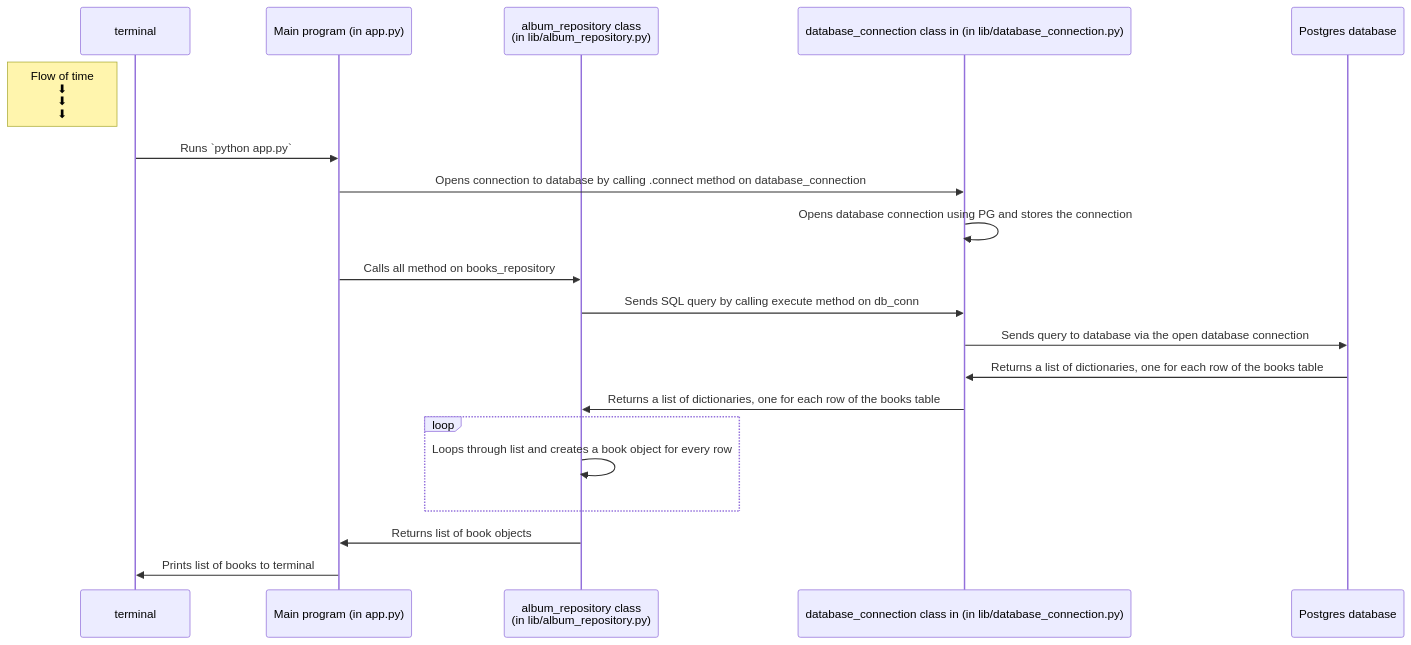
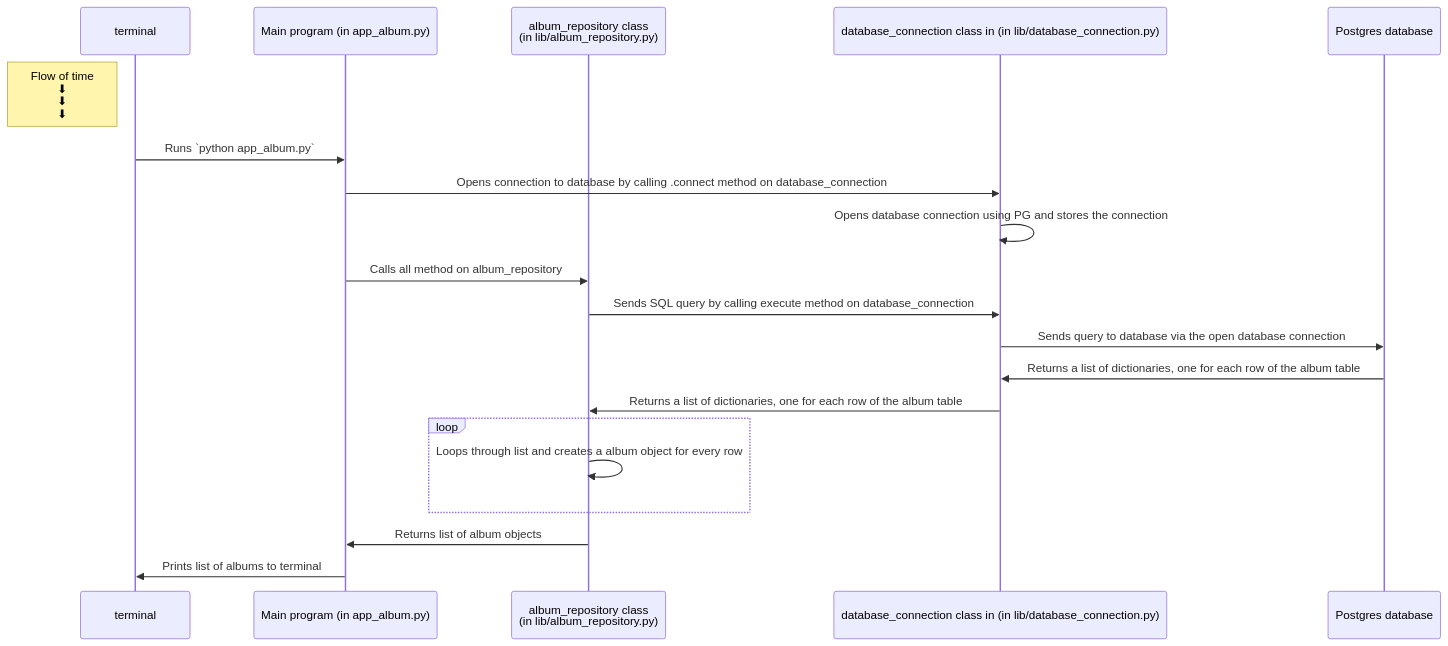
The diagram in sequence_diagram_music_store.md (deesii/databases-in-python-sql-practice-music-library), drawn with Mermaid before and after one commit. The commit also changed 2 other files, not shown here.

Commit message:
updated sequence diagram for the album (music store)

```diff
--- a/sequence_diagram_music_store.md
+++ b/sequence_diagram_music_store.md
@@ -1,27 +1,27 @@
 :::mermaid
 
 sequenceDiagram
     participant t as terminal
-    participant app as Main program (in app.py)
+    participant app as Main program (in app_album.py)
     participant ar as album_repository class <br /> (in lib/album_repository.py)
     participant db_conn as database_connection class in (in lib/database_connection.py)
     participant db as Postgres database
 
     Note left of t: Flow of time <br />⬇ <br /> ⬇ <br /> ⬇ 
 
-    t->>app: Runs `python app.py`
+    t->>app: Runs `python app_album.py`
     app->>db_conn: Opens connection to database by calling .connect method on database_connection
     db_conn->>db_conn: Opens database connection using PG and stores the connection
-    app->>ar: Calls all method on books_repository
-    ar->>db_conn: Sends SQL query by calling execute method on db_conn
+    app->>ar: Calls all method on album_repository
+    ar->>db_conn: Sends SQL query by calling execute method on database_connection
     db_conn->>db: Sends query to database via the open database connection
-    db->>db_conn: Returns a list of dictionaries, one for each row of the books table
+    db->>db_conn: Returns a list of dictionaries, one for each row of the album table
 
-    db_conn->>ar: Returns a list of dictionaries, one for each row of the books table
+    db_conn->>ar: Returns a list of dictionaries, one for each row of the album table
     loop 
-        ar->>ar: Loops through list and creates a book object for every row
+        ar->>ar: Loops through list and creates a album object for every row
     end
-    ar->>app: Returns list of book objects
-    app->>t: Prints list of books to terminal
+    ar->>app: Returns list of album objects
+    app->>t: Prints list of albums to terminal
 
 :::
```
